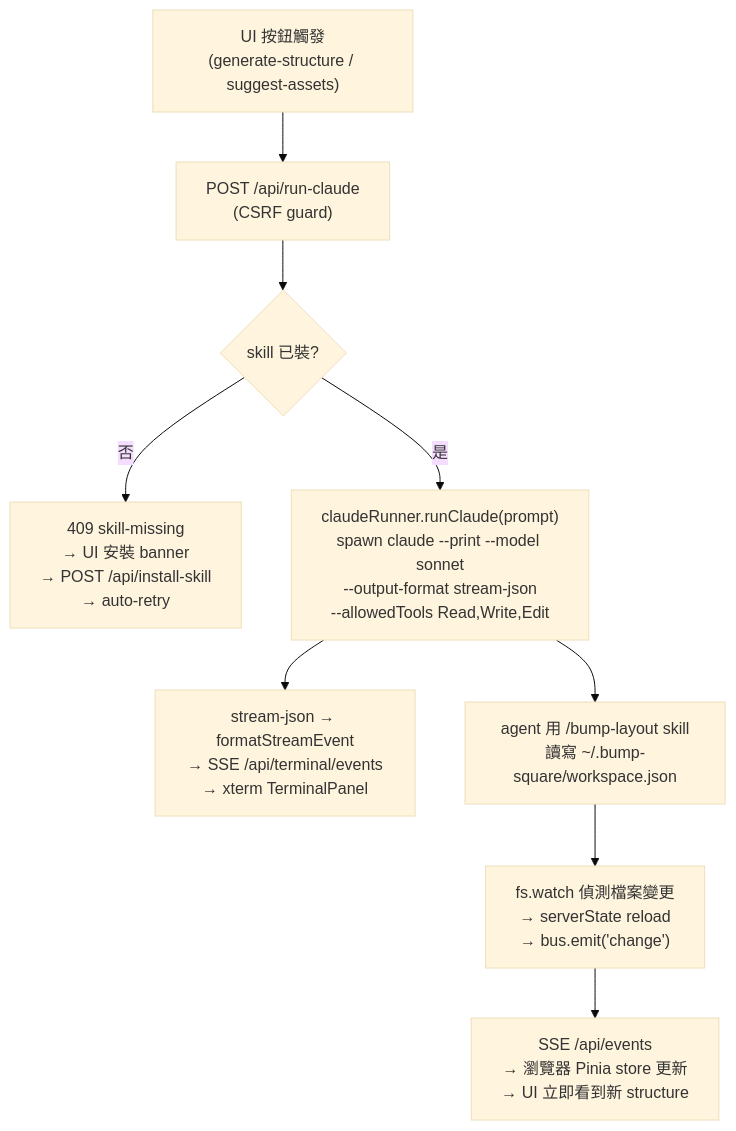
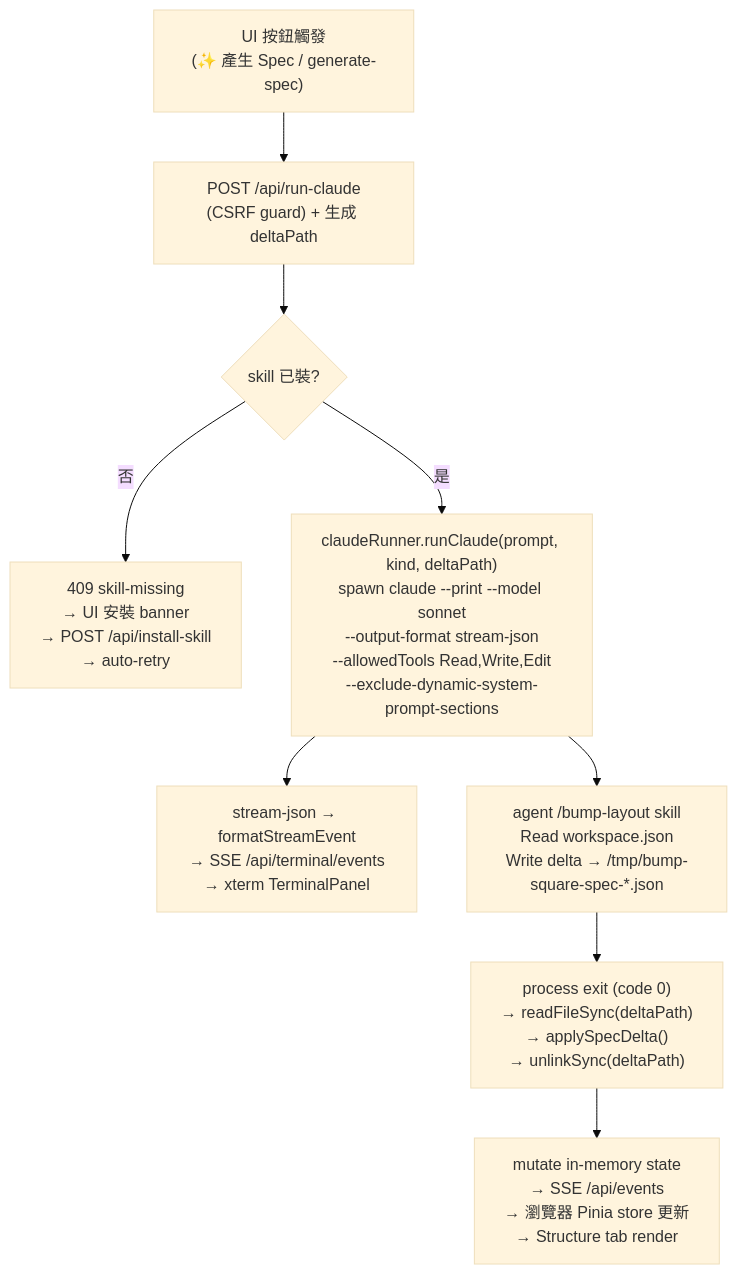
The diagram in CLAUDE.md (silencechung/bump-square), drawn with Mermaid (base theme) before and after one commit. The commit also changed other lines of this file and 24 other files, not shown here.

First line of the commit message:
v0.2.0: delta protocol — single ✨ Spec button, ~3× faster runs

````diff
--- a/CLAUDE.md
+++ b/CLAUDE.md
@@ -117,11 +137,11 @@
 ```mermaid
 flowchart TD
-    A["UI 按鈕觸發\n(generate-structure / suggest-assets)"] --> B["POST /api/run-claude\n(CSRF guard)"]
+    A["UI 按鈕觸發\n(✨ 產生 Spec / generate-spec)"] --> B["POST /api/run-claude\n(CSRF guard) + 生成 deltaPath"]
     B --> C{"skill 已裝?"}
     C -- "否" --> D["409 skill-missing\n→ UI 安裝 banner\n→ POST /api/install-skill\n→ auto-retry"]
-    C -- "是" --> E["claudeRunner.runClaude(prompt)\nspawn claude --print --model sonnet\n--output-format stream-json\n--allowedTools Read,Write,Edit"]
+    C -- "是" --> E["claudeRunner.runClaude(prompt, kind, deltaPath)\nspawn claude --print --model sonnet\n--output-format stream-json\n--allowedTools Read,Write,Edit\n--exclude-dynamic-system-prompt-sections"]
     E --> F["stream-json → formatStreamEvent\n→ SSE /api/terminal/events\n→ xterm TerminalPanel"]
-    E --> G["agent 用 /bump-layout skill\n讀寫 ~/.bump-square/workspace.json"]
-    G --> H["fs.watch 偵測檔案變更\n→ serverState reload\n→ bus.emit('change')"]
-    H --> I["SSE /api/events\n→ 瀏覽器 Pinia store 更新\n→ UI 立即看到新 structure"]
+    E --> G["agent /bump-layout skill\nRead workspace.json\nWrite delta → /tmp/bump-square-spec-*.json"]
+    G --> H["process exit (code 0)\n→ readFileSync(deltaPath)\n→ applySpecDelta()\n→ unlinkSync(deltaPath)"]
+    H --> I["mutate in-memory state\n→ SSE /api/events\n→ 瀏覽器 Pinia store 更新\n→ Structure tab render"]
 ```
````
